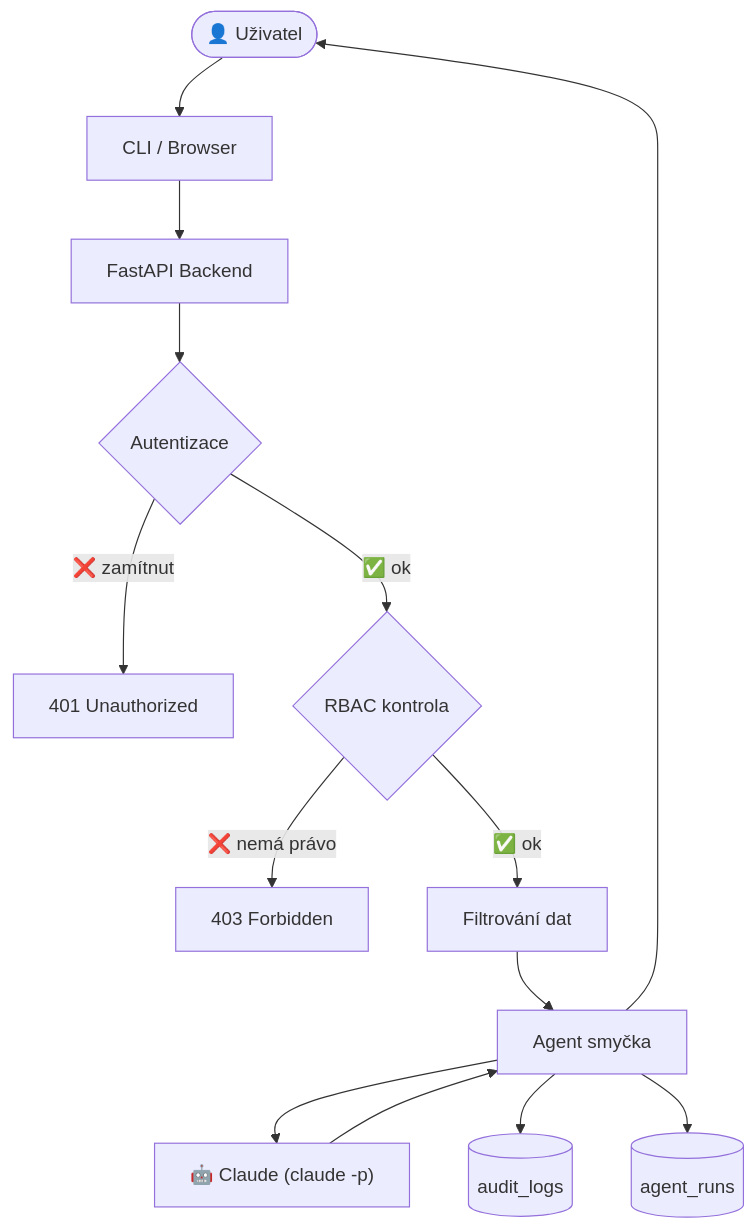
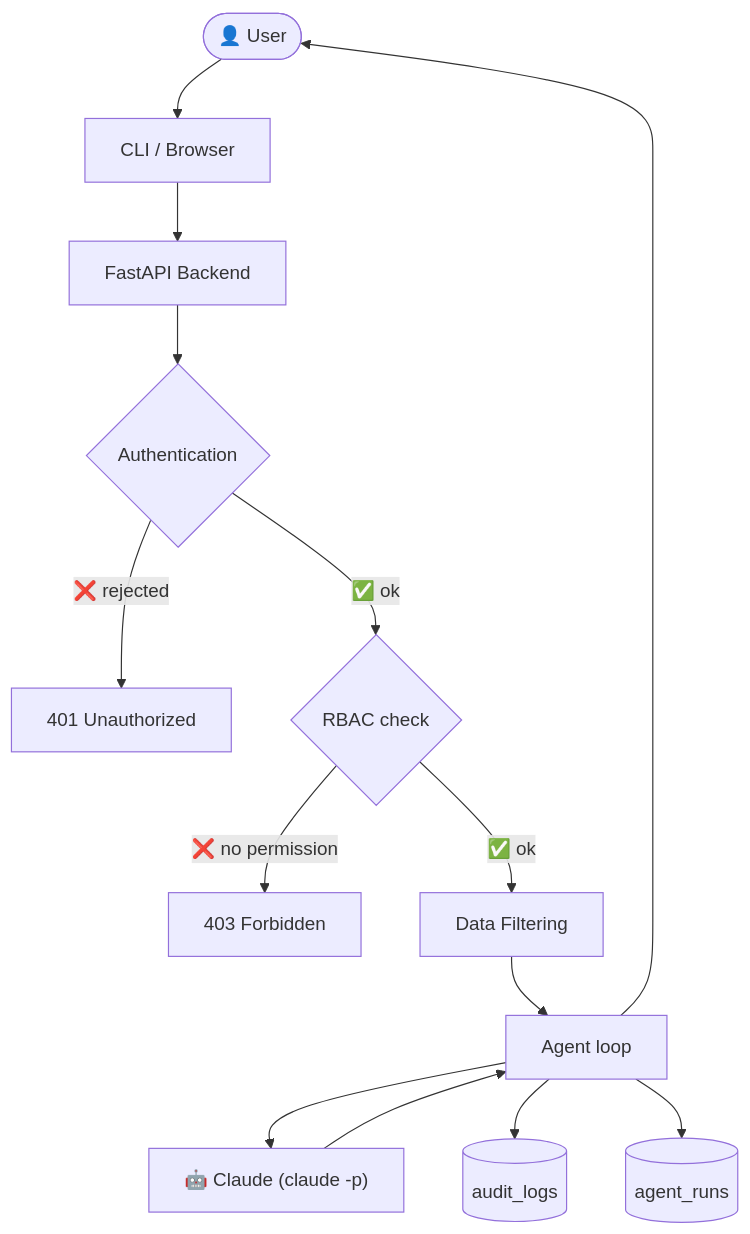
The first of 6 diagrams in db_demo/schema_grafika.md (navidofek-cmyk/virtual_co), drawn with Mermaid before and after one commit. The commit also changed other lines of this file and 3 other files, not shown here.

````diff
--- a/db_demo/schema_grafika.md
+++ b/db_demo/schema_grafika.md
@@ -7,20 +7,20 @@
 ```mermaid
 graph TD
-    U([👤 Uživatel]) --> CLI[CLI / Browser]
+    U([👤 User]) --> CLI[CLI / Browser]
     CLI --> API[FastAPI Backend]
 
-    API --> AUTH{Autentizace}
-    AUTH -->|❌ zamítnut| ERR1[401 Unauthorized]
-    AUTH -->|✅ ok| RBAC{RBAC kontrola}
+    API --> AUTH{Authentication}
+    AUTH -->|❌ rejected| ERR1[401 Unauthorized]
+    AUTH -->|✅ ok| RBAC{RBAC check}
 
-    RBAC -->|❌ nemá právo| ERR2[403 Forbidden]
-    RBAC -->|✅ ok| FILTER[Filtrování dat]
+    RBAC -->|❌ no permission| ERR2[403 Forbidden]
+    RBAC -->|✅ ok| FILTER[Data Filtering]
 
-    FILTER --> AGENT[Agent smyčka]
+    FILTER --> AGENT[Agent loop]
     AGENT --> CLAUDE["🤖 Claude (claude -p)"]
     CLAUDE --> AGENT
 
     AGENT --> LOG[(audit_logs)]
     AGENT --> HIST[(agent_runs)]
     AGENT --> U
 ```
````
